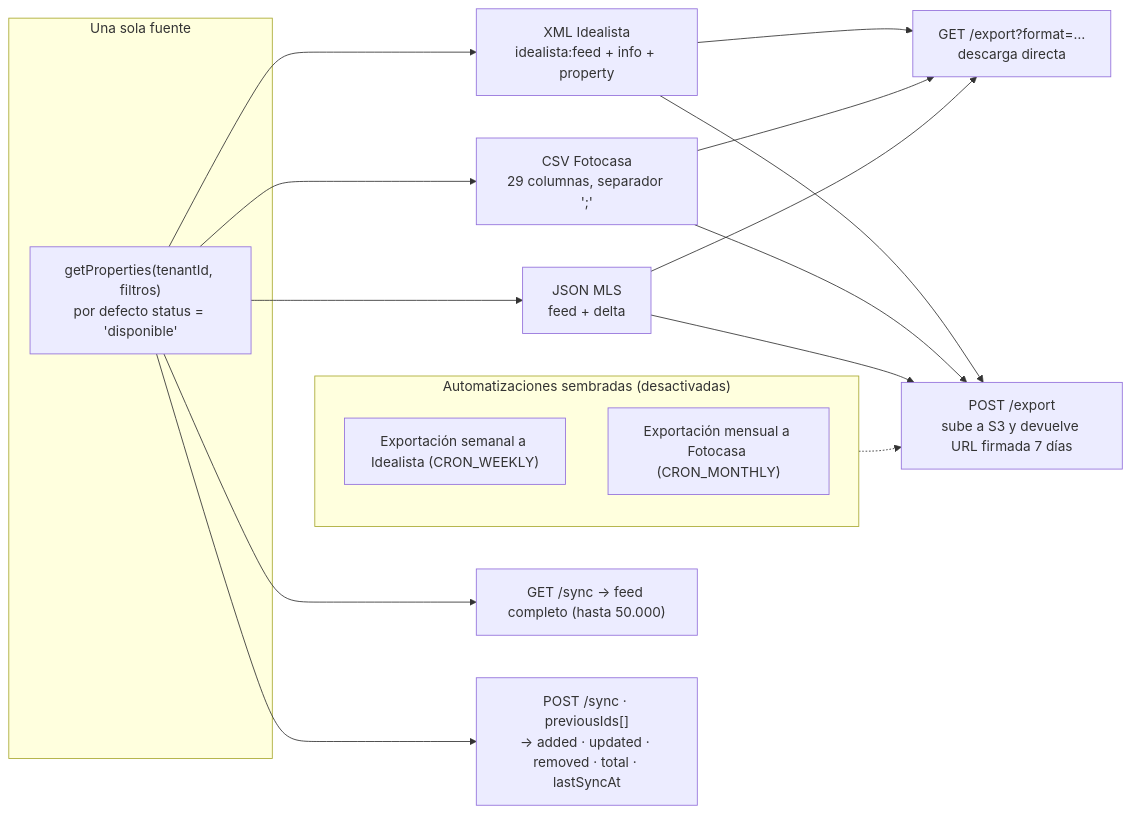
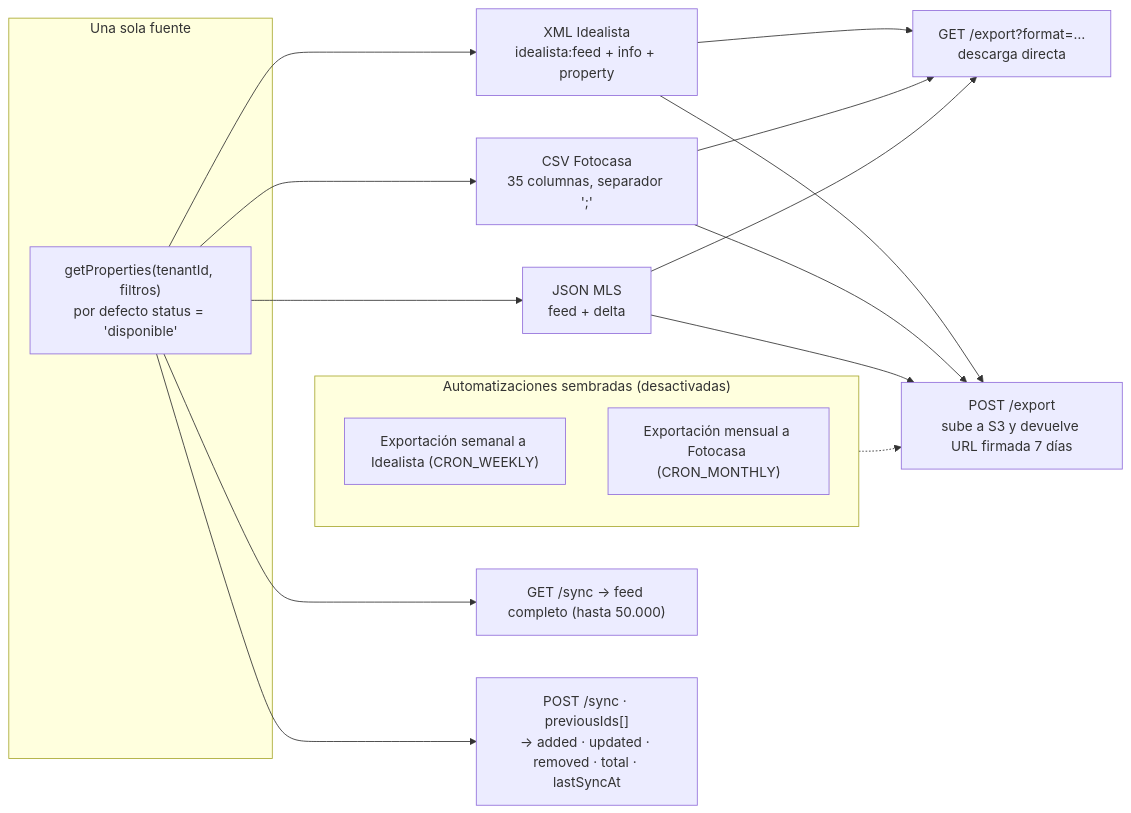
The eighth of 10 diagrams in nextjs_space/docs/real-estate-documento-tecnico.md (DeXpertmx/volkern), drawn with Mermaid before and after one commit. The commit also changed 6 other files, not shown here.

````diff
--- a/nextjs_space/docs/real-estate-documento-tecnico.md
+++ b/nextjs_space/docs/real-estate-documento-tecnico.md
@@ -676,19 +676,19 @@
 ```mermaid
 flowchart LR
     subgraph Fuente["Una sola fuente"]
         GP["getProperties(tenantId, filtros)<br/>por defecto status = 'disponible'"]
     end
     GP --> X["XML Idealista<br/>idealista:feed + info + property"]
-    GP --> C["CSV Fotocasa<br/>29 columnas, separador ';'"]
+    GP --> C["CSV Fotocasa<br/>35 columnas, separador ';'"]
     GP --> J["JSON MLS<br/>feed + delta"]
     X & C & J --> D["GET /export?format=…<br/>descarga directa"]
     X & C & J --> S["POST /export<br/>sube a S3 y devuelve URL firmada 7 días"]
     GP --> SY["GET /sync → feed completo (hasta 50.000)"]
     GP --> SD["POST /sync · previousIds[]<br/>→ added · updated · removed · total · lastSyncAt"]
 
     subgraph Auto["Automatizaciones sembradas (desactivadas)"]
         A1["Exportación semanal a Idealista (CRON_WEEKLY)"]
         A2["Exportación mensual a Fotocasa (CRON_MONTHLY)"]
     end
     Auto -.-> S
 ```
````
